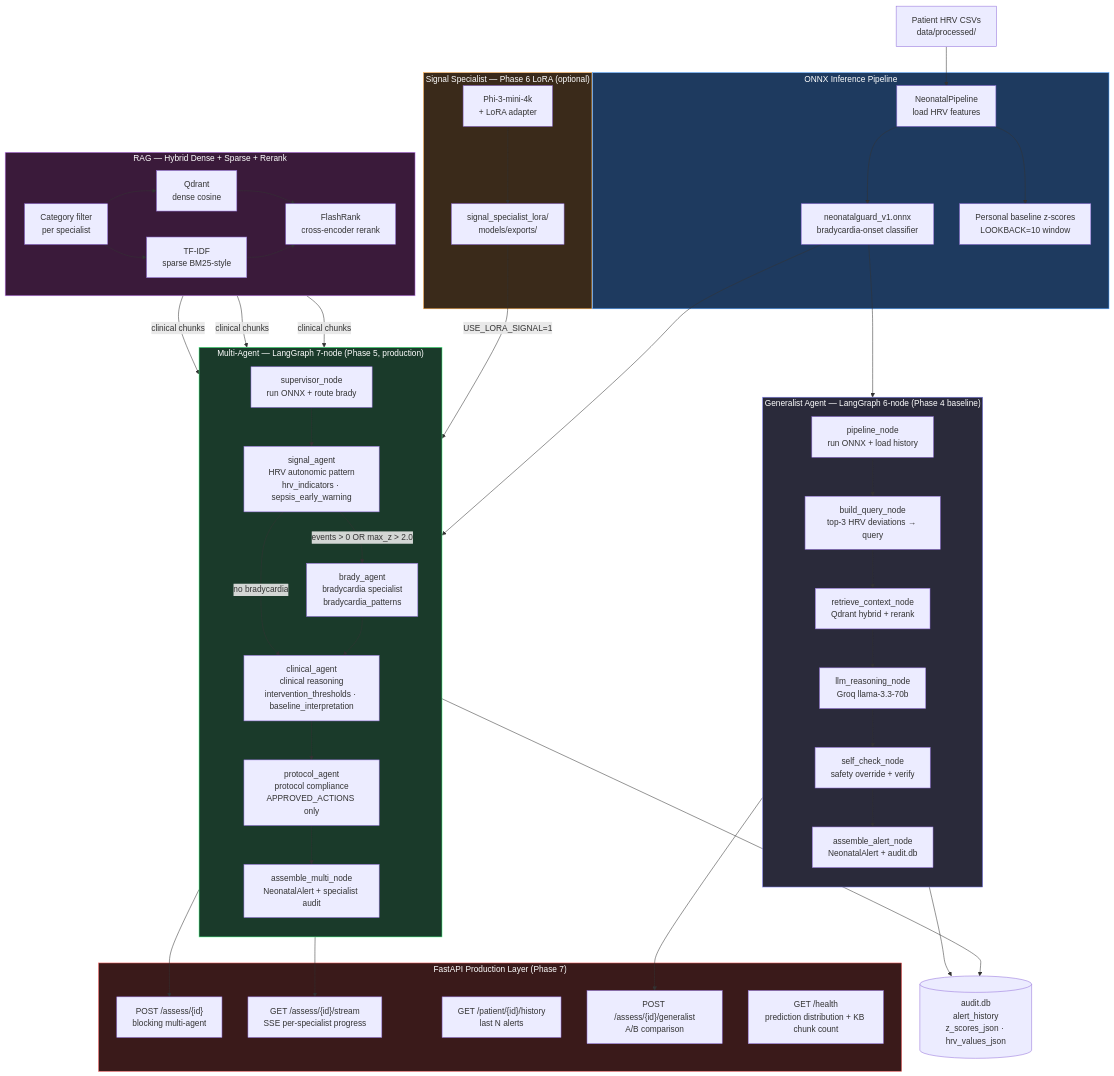
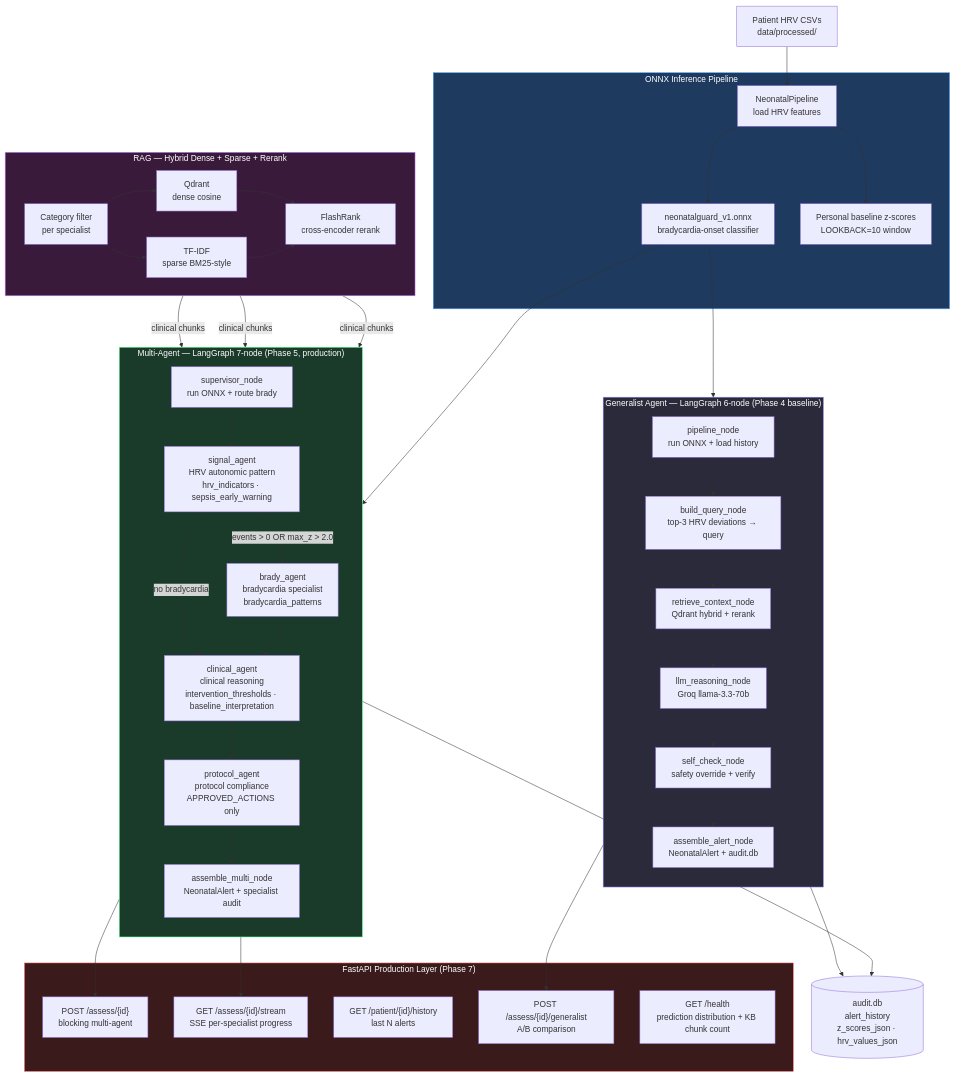
Before and after one commit to cmengu/Neonatal: the diagram in README.md, drawn with Mermaid. The commit also changed other lines of this file and 9 other files, not shown here.

````diff
--- a/README.md
+++ b/README.md
@@ -58,18 +58,11 @@
         CATFILT --> SPARSE
     end
 
-    subgraph LoRA ["Signal Specialist — Phase 6 LoRA (optional)"]
-        PHI[Phi-3-mini-4k<br/>+ LoRA adapter]
-        LORA[signal_specialist_lora/<br/>models/exports/]
-        PHI --> LORA
-    end
-
     ONNX --> SV
     ONNX --> G1
     RNK -->|clinical chunks| SA
     RNK -->|clinical chunks| BA
     RNK -->|clinical chunks| CA
-    LORA -->|USE_LORA_SIGNAL=1| SA
 
     AM --> AUD[(audit.db<br/>alert_history<br/>z_scores_json · hrv_values_json)]
     G6 --> AUD
@@ -90,6 +83,5 @@
     style Generalist fill:#2a2a3a,color:#fff,stroke:#8888ff
     style MultiAgent fill:#1a3a2a,color:#fff,stroke:#4aff88
     style RAG fill:#3a1a3a,color:#fff,stroke:#cc88ff
-    style LoRA fill:#3a2a1a,color:#fff,stroke:#ffaa44
     style API fill:#3a1a1a,color:#fff,stroke:#ff6666
 ```
````
